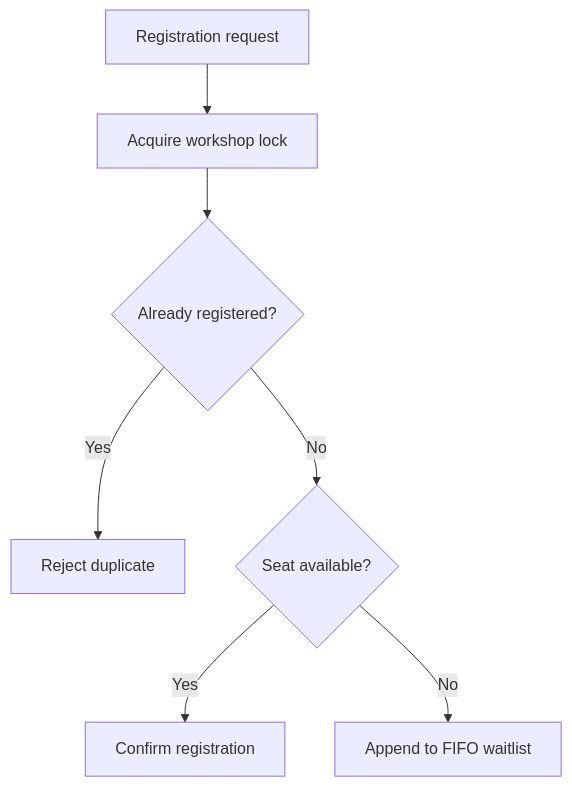
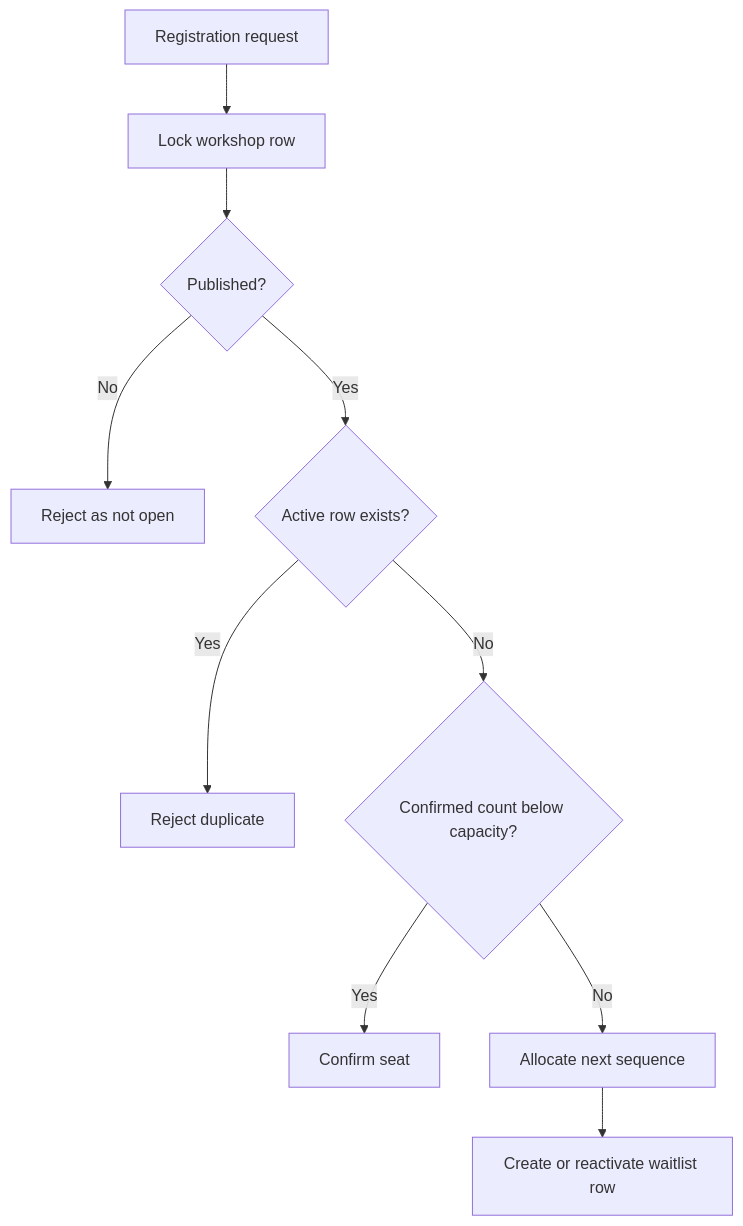
The third of 3 diagrams in README.md (Achintya-Narula/campus-queue), drawn with Mermaid before and after one commit. The commit also changed other lines of this file and 1 other file, not shown here.

````diff
--- a/README.md
+++ b/README.md
@@ -119,9 +68,12 @@
 ```mermaid
 flowchart TD
-    REQUEST[Registration request] --> LOCK[Acquire workshop lock]
-    LOCK --> DUP{Already registered?}
-    DUP -->|Yes| REJECT[Reject duplicate]
-    DUP -->|No| CAPACITY{Seat available?}
-    CAPACITY -->|Yes| CONFIRM[Confirm registration]
-    CAPACITY -->|No| WAITLIST[Append to FIFO waitlist]
+    Start[Registration request] --> Lock[Lock workshop row]
+    Lock --> Open{Published?}
+    Open -->|No| RejectClosed[Reject as not open]
+    Open -->|Yes| Active{Active row exists?}
+    Active -->|Yes| RejectDuplicate[Reject duplicate]
+    Active -->|No| Seat{Confirmed count below capacity?}
+    Seat -->|Yes| Confirm[Confirm seat]
+    Seat -->|No| Sequence[Allocate next sequence]
+    Sequence --> Waitlist[Create or reactivate waitlist row]
 ```
````
